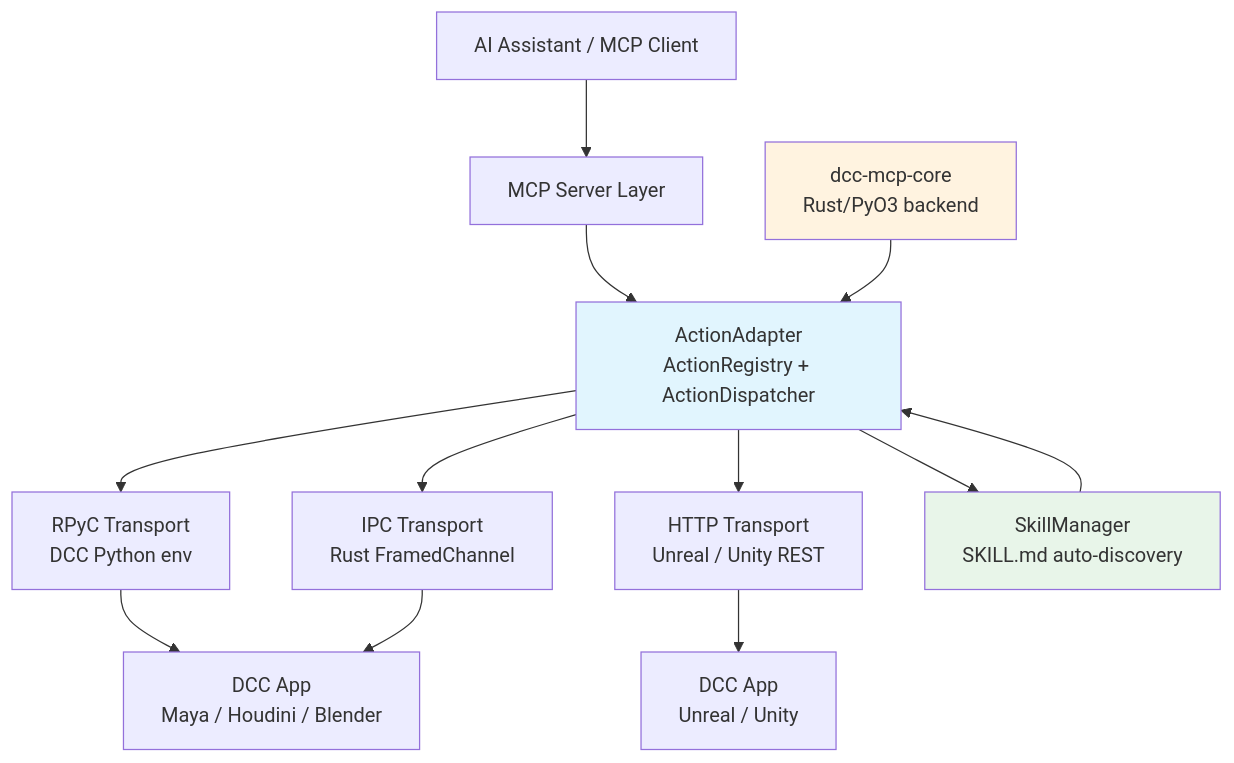
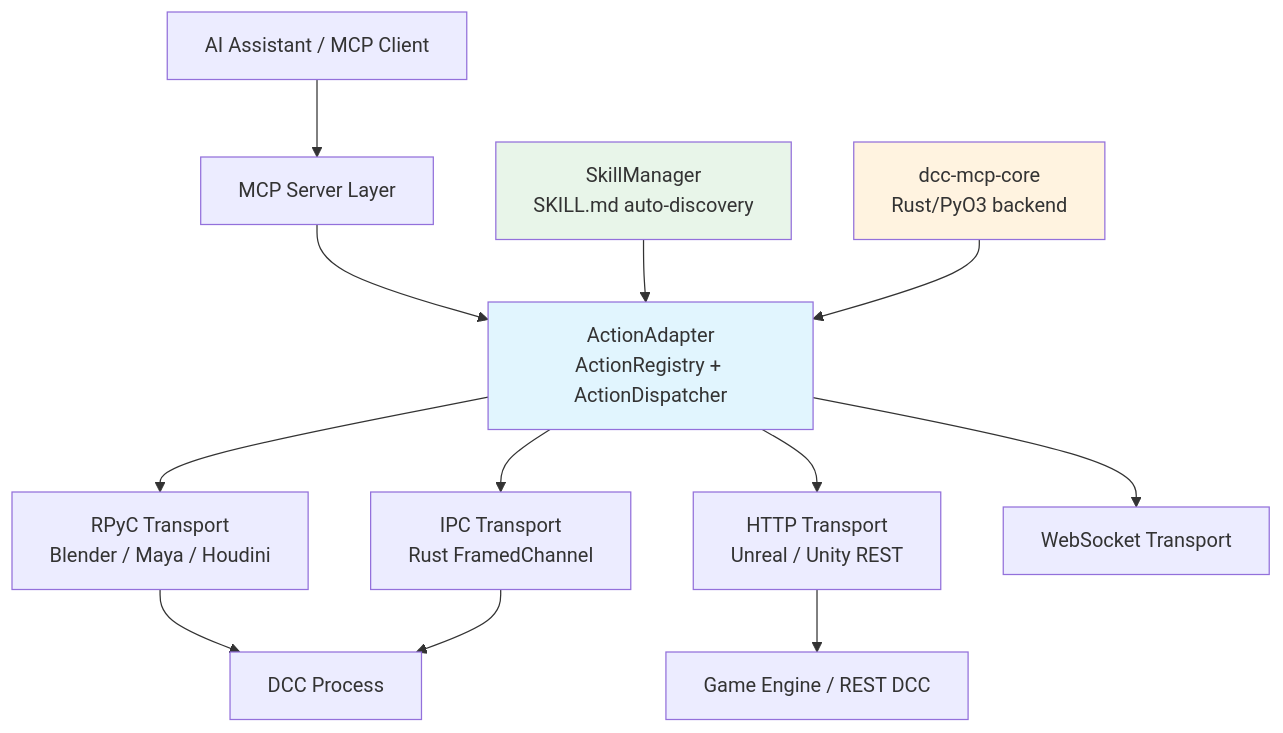
Before and after one commit to loonghao/dcc-mcp-rpyc: the diagram in README.md, drawn with Mermaid. The commit also changed other lines of this file and 6 other files, not shown here.

````diff
--- a/README.md
+++ b/README.md
@@ -47,18 +41,18 @@
 ```mermaid
 graph TD
     A[AI Assistant / MCP Client] --> B[MCP Server Layer]
     B --> C[ActionAdapter\nActionRegistry + ActionDispatcher]
-    C --> D[RPyC Transport\nDCC Python env]
+    G[SkillManager\nSKILL.md auto-discovery] --> C
+    H[dcc-mcp-core\nRust/PyO3 backend] --> C
+    C --> D[RPyC Transport\nBlender / Maya / Houdini]
     C --> E[IPC Transport\nRust FramedChannel]
     C --> F[HTTP Transport\nUnreal / Unity REST]
-    C --> G[WebSocket Transport]
-    G[SkillManager\nSKILL.md auto-discovery] --> C
-    H[dcc-mcp-core\nRust/PyO3 backend] --> C
-    D --> I[DCC App\nMaya / Houdini / Blender]
+    C --> W[WebSocket Transport]
+    D --> I[DCC Process]
     E --> I
-    F --> J[DCC App\nUnreal / Unity]
+    F --> J[Game Engine / REST DCC]
 
     style C fill:#e1f5fe
     style H fill:#fff3e0
     style G fill:#e8f5e9
 ```
````
